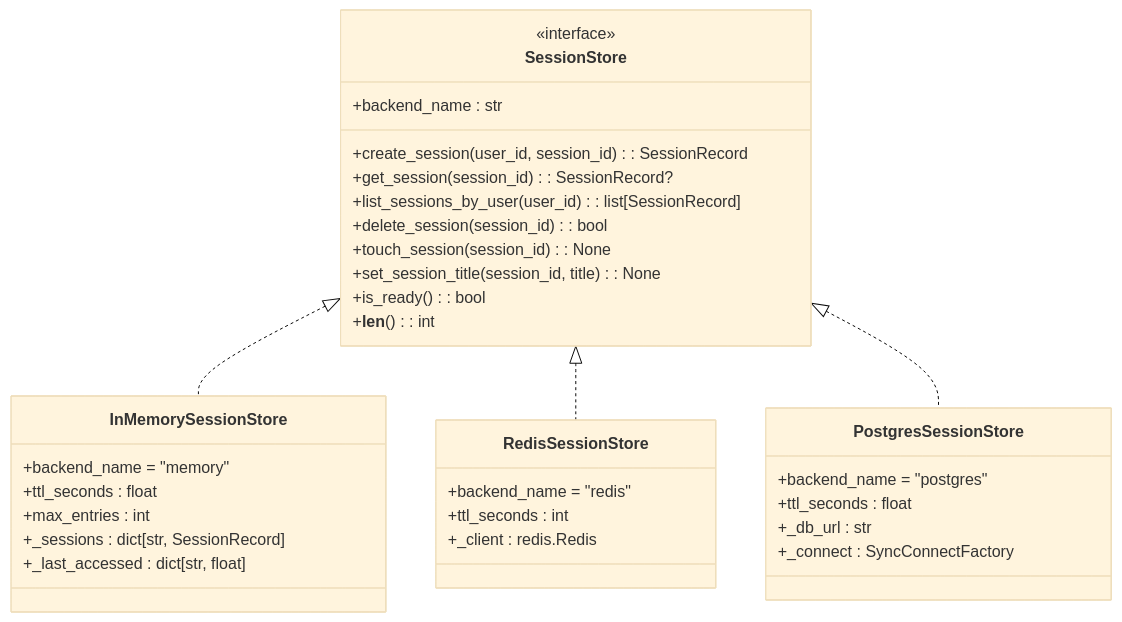
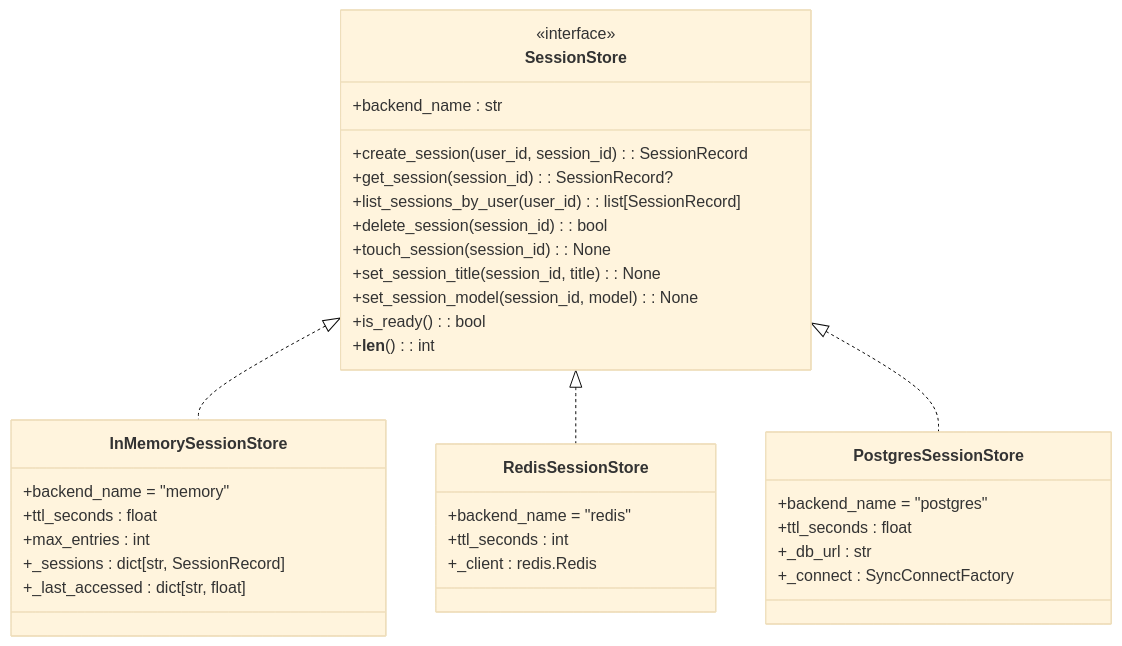
Before and after one commit to metasync/luban-aiops: the eighth of 27 diagrams in .qoder/repowiki/en/content/Agent Platform Service/Agent Platform Service.md, drawn with Mermaid (base theme). The commit also changed other lines of this file and 7 other files, not shown here.

````diff
--- a/.qoder/repowiki/en/content/Agent Platform Service/Agent Platform Service.md
+++ b/.qoder/repowiki/en/content/Agent Platform Service/Agent Platform Service.md
@@ -556,36 +663,37 @@
 ```mermaid
 classDiagram
 class SessionStore {
 <<interface>>
 +backend_name : str
 +create_session(user_id, session_id) : SessionRecord
 +get_session(session_id) : SessionRecord?
 +list_sessions_by_user(user_id) : list[SessionRecord]
 +delete_session(session_id) : bool
 +touch_session(session_id) : None
 +set_session_title(session_id, title) : None
++set_session_model(session_id, model) : None
 +is_ready() : bool
 +__len__() : int
 }
 class InMemorySessionStore {
 +backend_name = "memory"
 +ttl_seconds : float
 +max_entries : int
 +_sessions : dict[str, SessionRecord]
 +_last_accessed : dict[str, float]
 }
 class RedisSessionStore {
 +backend_name = "redis"
 +ttl_seconds : int
 +_client : redis.Redis
 }
 class PostgresSessionStore {
 +backend_name = "postgres"
 +ttl_seconds : float
 +_db_url : str
 +_connect : SyncConnectFactory
 }
 SessionStore <|.. InMemorySessionStore
 SessionStore <|.. RedisSessionStore
 SessionStore <|.. PostgresSessionStore
 ```
````
